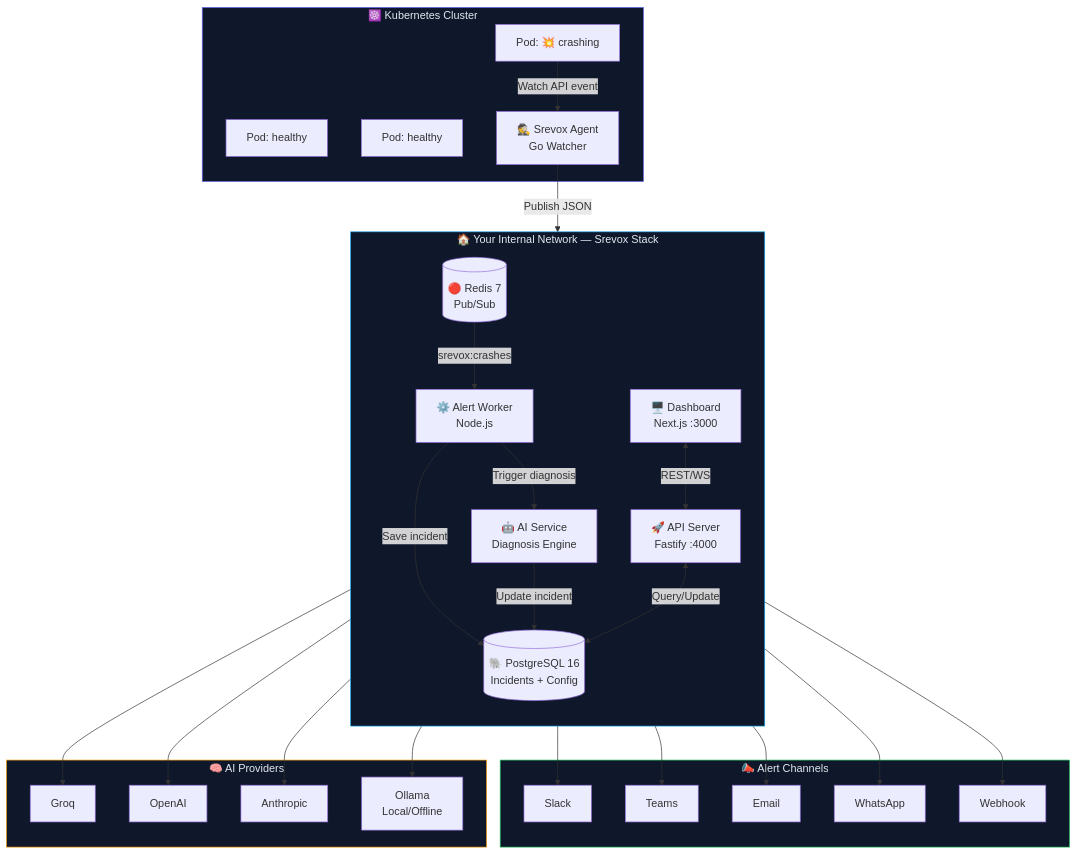
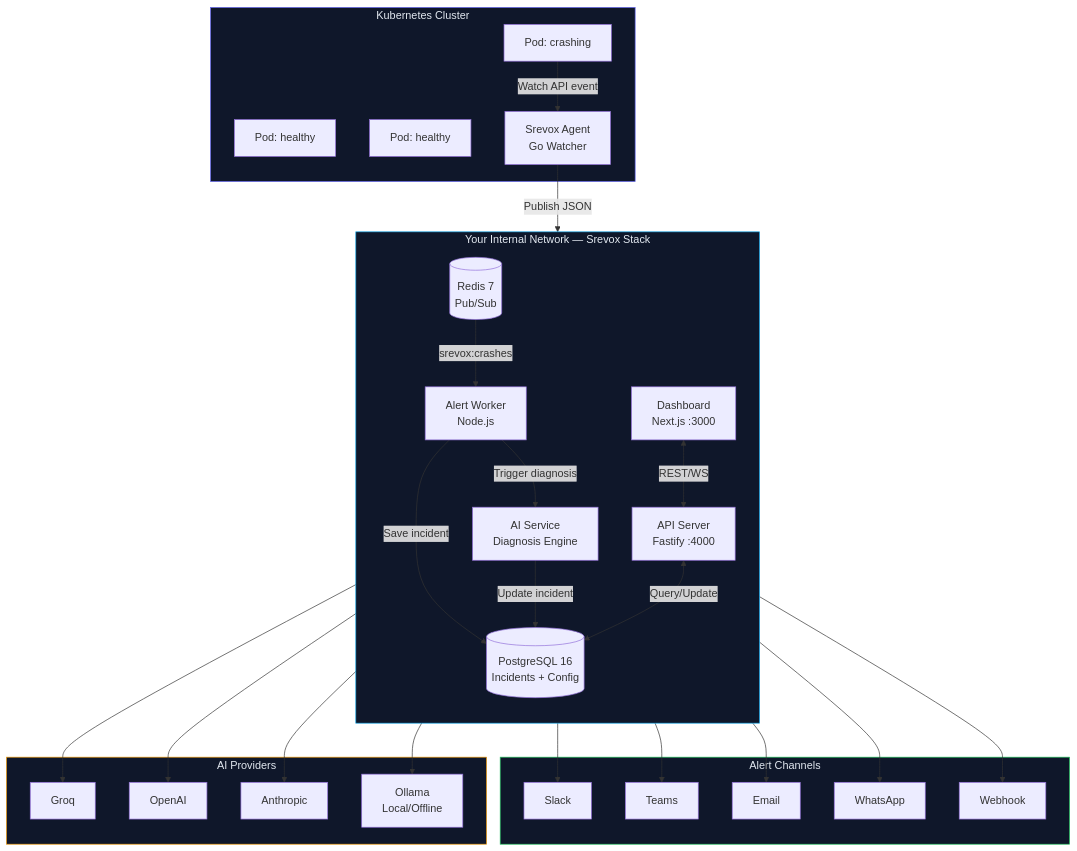
Before and after one commit to Akshatsainiaks/srevox: the second of 10 diagrams in README.md, drawn with Mermaid. The commit also changed other lines of this file, not shown here.

Commit message:
fix: rename loopzen-agent.yml to srevox-agent.yml

````diff
--- a/README.md
+++ b/README.md
@@ -502,51 +502,51 @@
 ```mermaid
 graph TB
-    subgraph K8S["☸️ Kubernetes Cluster"]
+    subgraph K8S["Kubernetes Cluster"]
         P1[Pod: healthy]
-        P2[Pod: 💥 crashing]
+        P2[Pod: crashing]
         P3[Pod: healthy]
-        AG[🕵️ Srevox Agent\nGo Watcher]
+        AG[Srevox Agent\nGo Watcher]
         P2 -->|Watch API event| AG
     end
 
-    subgraph SREVOX["🏠 Your Internal Network — Srevox Stack"]
+    subgraph SREVOX["Your Internal Network — Srevox Stack"]
         direction TB
-        R[(🔴 Redis 7\nPub/Sub)]
-        W[⚙️ Alert Worker\nNode.js]
-        API[🚀 API Server\nFastify :4000]
-        DB[(🐘 PostgreSQL 16\nIncidents + Config)]
-        AI[🤖 AI Service\nDiagnosis Engine]
-        FE[🖥️ Dashboard\nNext.js :3000]
+        R[(Redis 7\nPub/Sub)]
+        W[Alert Worker\nNode.js]
+        API[API Server\nFastify :4000]
+        DB[(PostgreSQL 16\nIncidents + Config)]
+        AI[AI Service\nDiagnosis Engine]
+        FE[Dashboard\nNext.js :3000]
 
         R -->|srevox:crashes| W
         W -->|Save incident| DB
         W -->|Trigger diagnosis| AI
         AI -->|Update incident| DB
         API <-->|Query/Update| DB
         FE <-->|REST/WS| API
     end
 
-    subgraph CHANNELS["📣 Alert Channels"]
+    subgraph CHANNELS["Alert Channels"]
         SL[Slack]
         TE[Teams]
         EM[Email]
         WA[WhatsApp]
         WH[Webhook]
     end
 
-    subgraph AI_PROVIDERS["🧠 AI Providers"]
+    subgraph AI_PROVIDERS["AI Providers"]
         GR[Groq]
         OA[OpenAI]
         AN[Anthropic]
         OL[Ollama\nLocal/Offline]
     end
 
     AG -->|Publish JSON| R
     W --> SL & TE & EM & WA & WH
     AI --> GR & OA & AN & OL
 
     style K8S fill:#0f172a,stroke:#6366f1,color:#e2e8f0
     style SREVOX fill:#0f172a,stroke:#0ea5e9,color:#e2e8f0
     style CHANNELS fill:#0f172a,stroke:#22c55e,color:#e2e8f0
     style AI_PROVIDERS fill:#0f172a,stroke:#f59e0b,color:#e2e8f0
 ```
````
